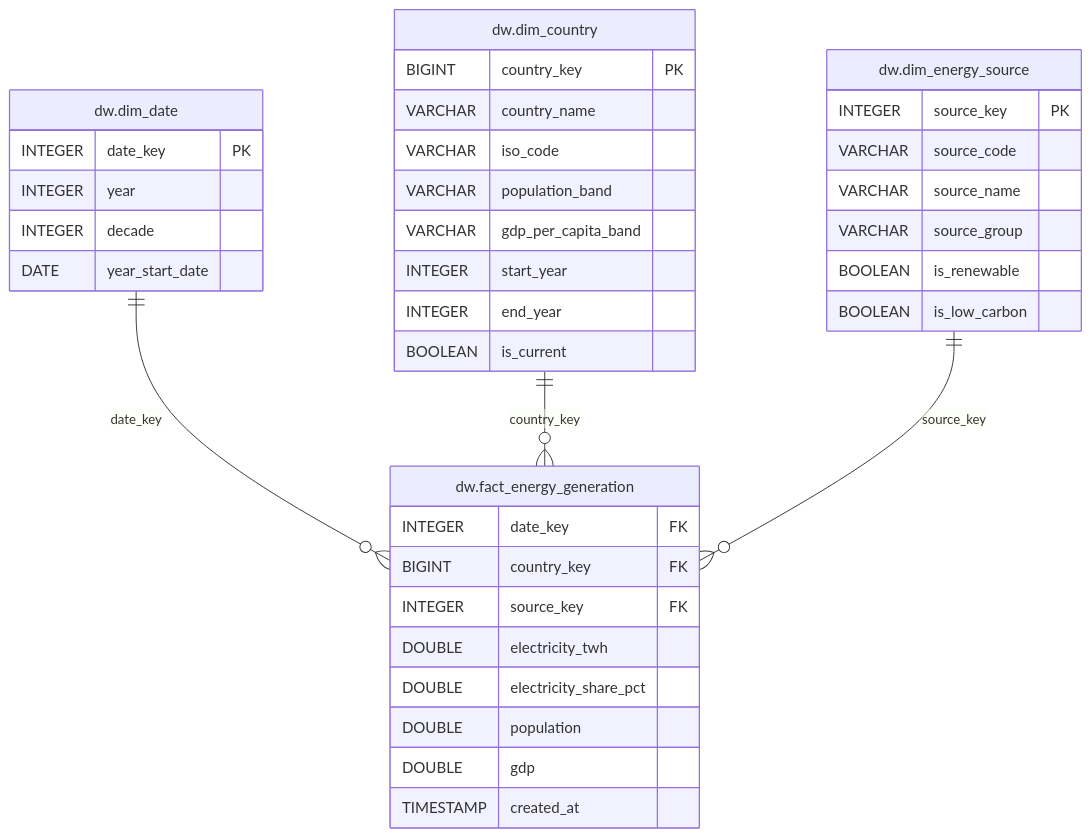
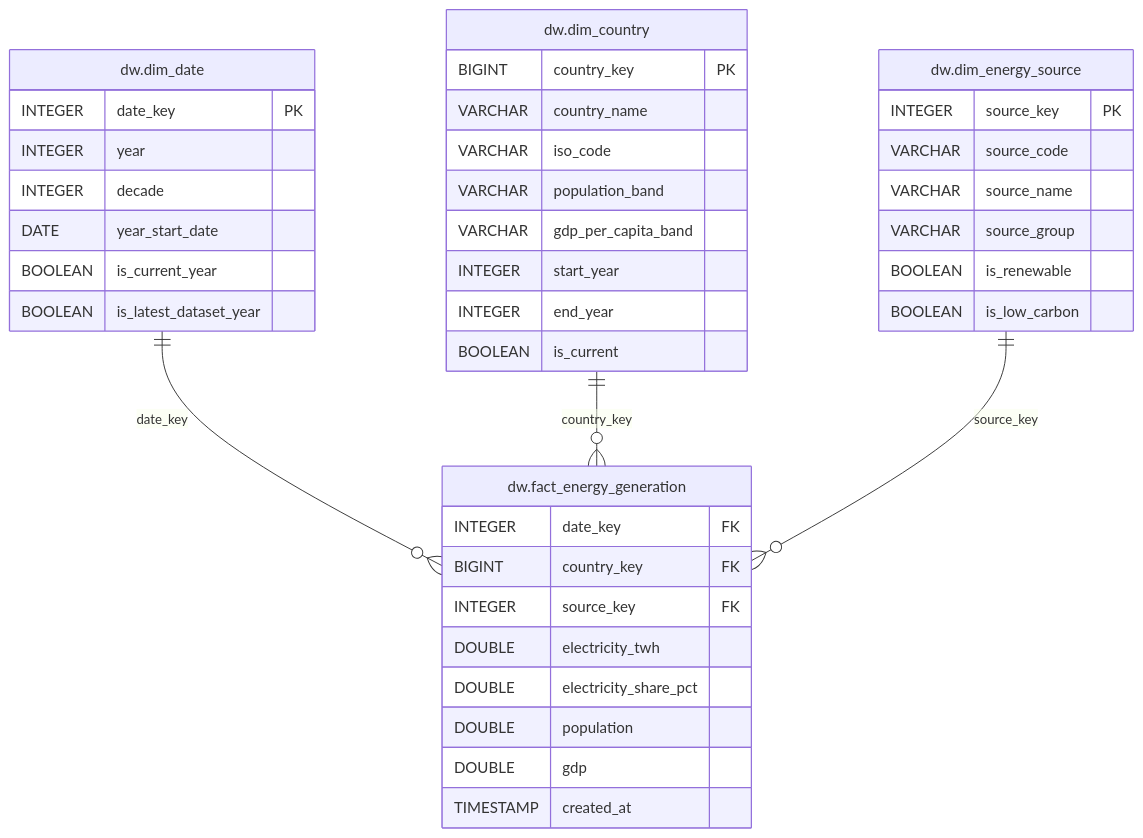
Before and after one commit to aj1no/data-warehouse-energia-sustentabilidade: the diagram in docs/diagrama_modelo_estrela.md, drawn with Mermaid. The commit also changed 16 other files, not shown here.

Commit message:
Ajustes finais DW: remove .deps, adiciona is_current_year e is_latest_dataset_year em dim_date e atualiza diagramas

````diff
--- a/docs/diagrama_modelo_estrela.md
+++ b/docs/diagrama_modelo_estrela.md
@@ -7,44 +7,46 @@
 ```mermaid
 erDiagram
     "dw.dim_date" ||--o{ "dw.fact_energy_generation" : "date_key"
     "dw.dim_country" ||--o{ "dw.fact_energy_generation" : "country_key"
     "dw.dim_energy_source" ||--o{ "dw.fact_energy_generation" : "source_key"
 
     "dw.dim_date" {
         INTEGER date_key PK
         INTEGER year
         INTEGER decade
         DATE year_start_date
+        BOOLEAN is_current_year
+        BOOLEAN is_latest_dataset_year
     }
 
     "dw.dim_country" {
         BIGINT country_key PK
         VARCHAR country_name
         VARCHAR iso_code
         VARCHAR population_band
         VARCHAR gdp_per_capita_band
         INTEGER start_year
         INTEGER end_year
         BOOLEAN is_current
     }
 
     "dw.dim_energy_source" {
         INTEGER source_key PK
         VARCHAR source_code
         VARCHAR source_name
         VARCHAR source_group
         BOOLEAN is_renewable
         BOOLEAN is_low_carbon
     }
 
     "dw.fact_energy_generation" {
         INTEGER date_key FK
         BIGINT country_key FK
         INTEGER source_key FK
         DOUBLE electricity_twh
         DOUBLE electricity_share_pct
         DOUBLE population
         DOUBLE gdp
         TIMESTAMP created_at
     }
 ```
````
